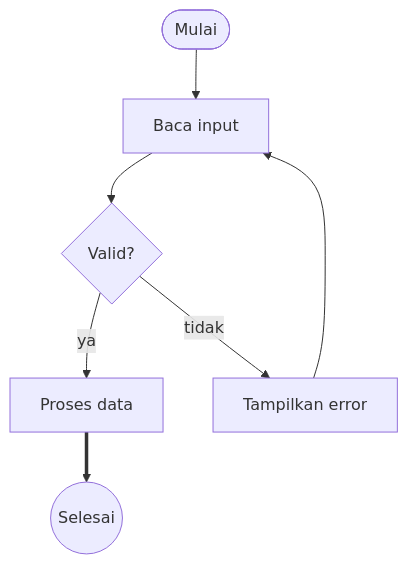
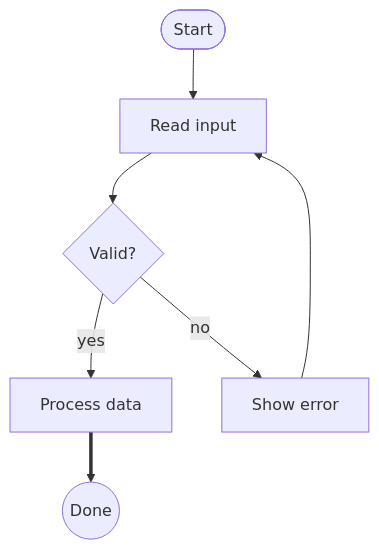
The diagram in examples/demo.mmd (go-routine-id/flowmaid), drawn with Mermaid before and after one commit. The commit also changed 18 other files, not shown here.

```diff
--- a/examples/demo.mmd
+++ b/examples/demo.mmd
@@ -1,8 +1,8 @@
-%% Contoh: alur validasi input (ada siklus E -> B)
+%% Example: input validation flow (with a cycle E -> B)
 flowchart TD
-    A([Mulai]) --> B[Baca input]
+    A([Start]) --> B[Read input]
     B --> C{Valid?}
-    C -->|ya| D[Proses data]
-    C -->|tidak| E[Tampilkan error]
+    C -->|yes| D[Process data]
+    C -->|no| E[Show error]
     E --> B
-    D ==> F((Selesai))
+    D ==> F((Done))
```
